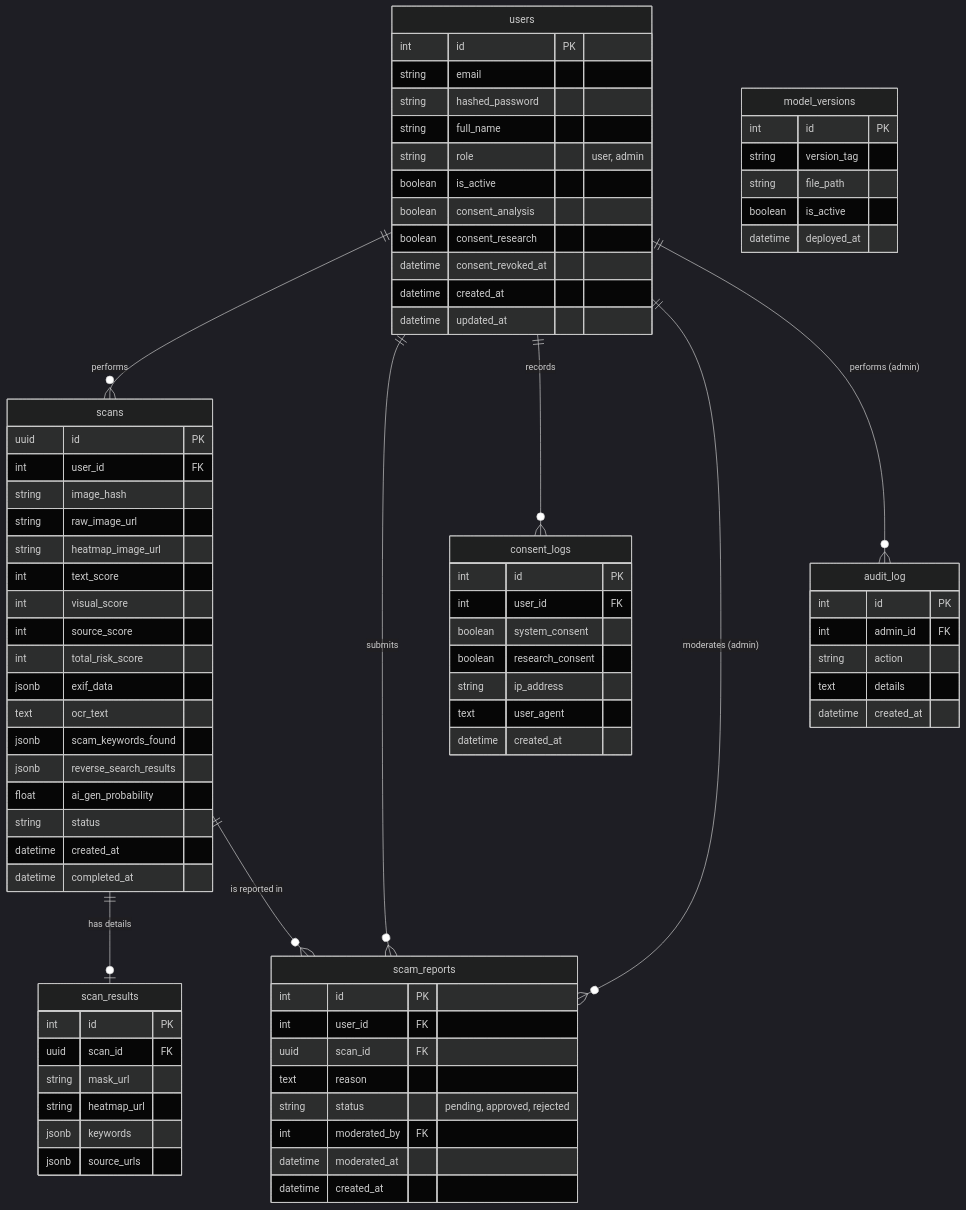
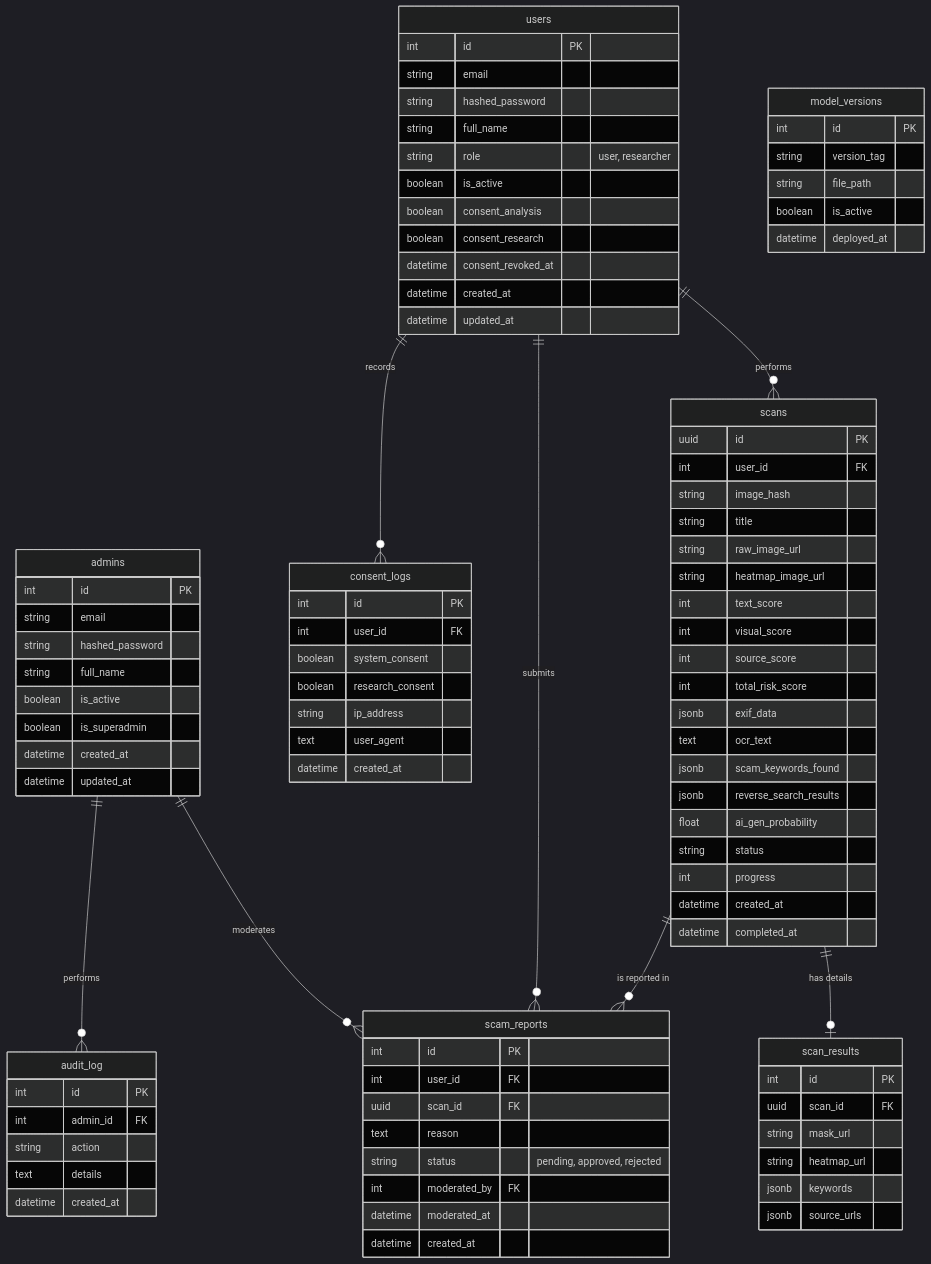
Before and after one commit to Panuwat-ta/project: the diagram in wiki/architecture/database-er-diagram.md, drawn with Mermaid (dark theme). The commit also changed other lines of this file and 125 other files, not shown here.

First line of the commit message:
feat: Add database migration documentation and update related architecture files

```diff
--- a/wiki/architecture/database-er-diagram.md
+++ b/wiki/architecture/database-er-diagram.md
@@ -17,7 +17,7 @@
         string email
         string hashed_password
         string full_name
-        string role "user, admin"
+        string role "user, researcher"
         boolean is_active
         boolean consent_analysis
         boolean consent_research
@@ -26,10 +26,22 @@
         datetime updated_at
     }
 
+    admins {
+        int id PK
+        string email
+        string hashed_password
+        string full_name
+        boolean is_active
+        boolean is_superadmin
+        datetime created_at
+        datetime updated_at
+    }
+
     scans {
         uuid id PK
         int user_id FK
         string image_hash
+        string title
         string raw_image_url
         string heatmap_image_url
         int text_score
@@ -42,6 +54,7 @@
         jsonb reverse_search_results
         float ai_gen_probability
         string status
+        int progress
         datetime created_at
         datetime completed_at
     }
@@ -96,8 +109,8 @@
     users ||--o{ scans : "performs"
     users ||--o{ scam_reports : "submits"
     users ||--o{ consent_logs : "records"
-    users ||--o{ scam_reports : "moderates (admin)"
-    users ||--o{ audit_log : "performs (admin)"
+    admins ||--o{ scam_reports : "moderates"
+    admins ||--o{ audit_log : "performs"
     
     scans ||--o| scan_results : "has details"
     scans ||--o{ scam_reports : "is reported in"
```
